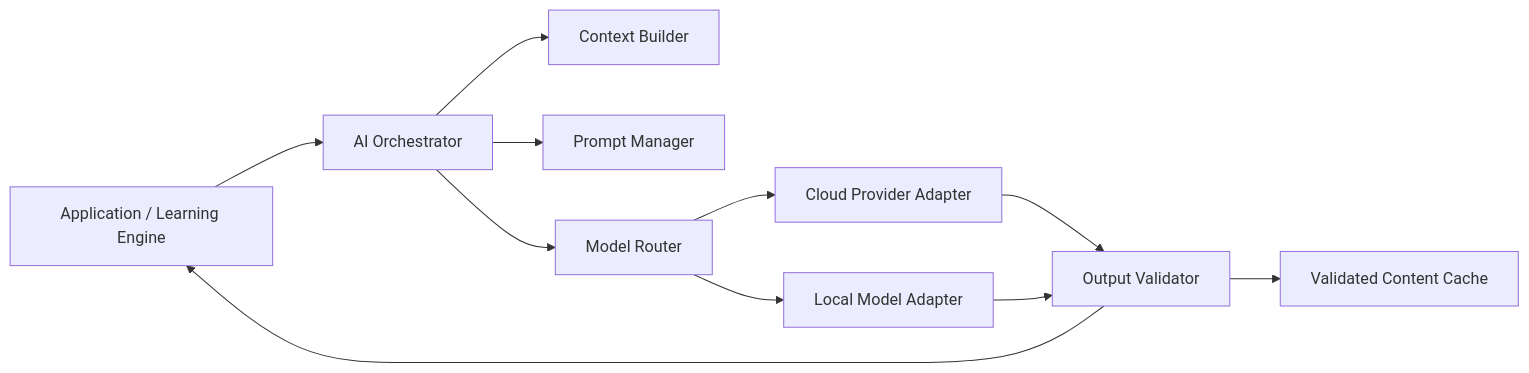
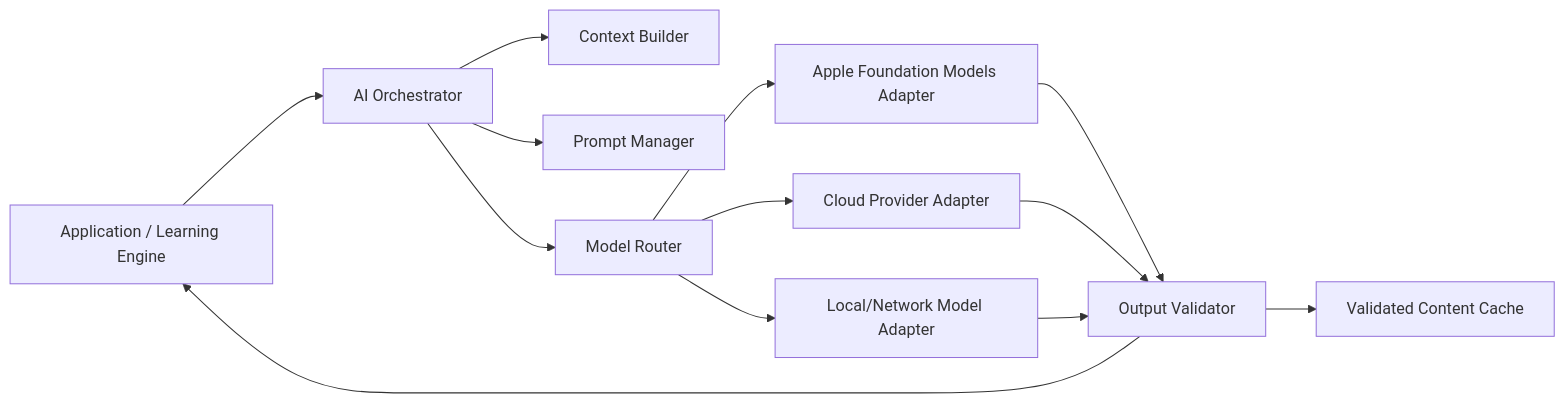
Before and after one commit to rtsysEmbedded/LinguaBrain-AI: the diagram in docs/08_AI_Orchestration_Layer.md, drawn with Mermaid. The commit also changed other lines of this file and 19 other files, not shown here.

Commit message:
docs: migrate architecture to native Apple platforms

````diff
--- a/docs/08_AI_Orchestration_Layer.md
+++ b/docs/08_AI_Orchestration_Layer.md
@@ -23,13 +23,15 @@
 ```mermaid
 flowchart LR
     APP["Application / Learning Engine"] --> ORCH[AI Orchestrator]
     ORCH --> CTX[Context Builder]
     ORCH --> PM[Prompt Manager]
     ORCH --> MR[Model Router]
+    MR --> AF[Apple Foundation Models Adapter]
     MR --> CL[Cloud Provider Adapter]
-    MR --> LO[Local Model Adapter]
+    MR --> LO[Local/Network Model Adapter]
+    AF --> VAL[Output Validator]
     CL --> VAL[Output Validator]
     LO --> VAL
     VAL --> CACHE[Validated Content Cache]
     VAL --> APP
 ```
````
